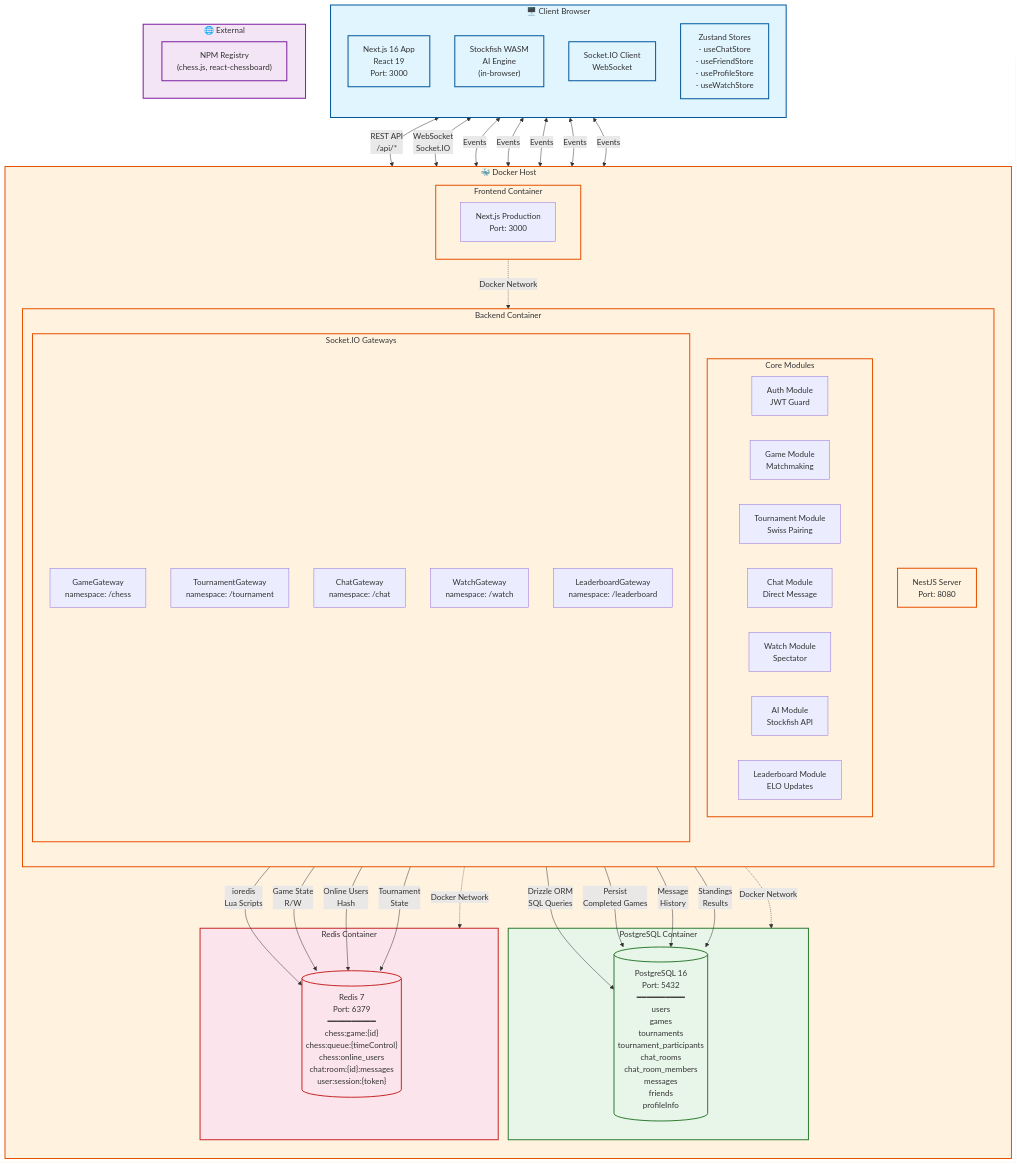
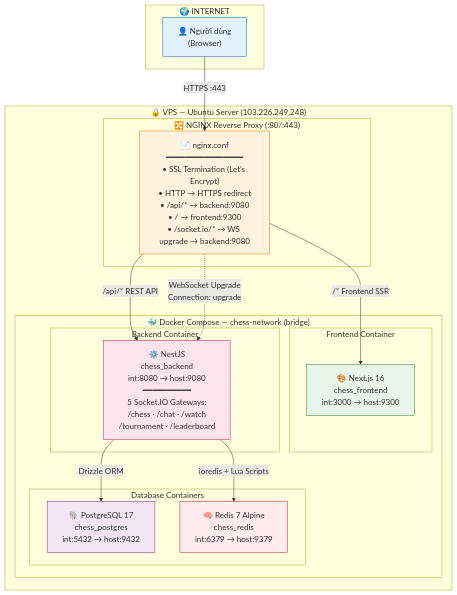
The first of 2 diagrams in docs/deployment-diagram.md (legiabao0907/web-chess-real-time), drawn with Mermaid before and after one commit. The commit also changed other lines of this file, not shown here.

Commit message:
sua deploy diagram lan 2

````diff
--- a/docs/deployment-diagram.md
+++ b/docs/deployment-diagram.md
@@ -9,89 +9,40 @@
 ```mermaid
 graph TB
-    subgraph Client["🖥️ Client Browser"]
-        direction TB
-        nextjs["Next.js 16 App<br/>React 19<br/>Port: 3000"]
-        stockfish["Stockfish WASM<br/>AI Engine<br/>(in-browser)"]
-        socket_client["Socket.IO Client<br/>WebSocket"]
-        zustand["Zustand Stores<br/>- useChatStore<br/>- useFriendStore<br/>- useProfileStore<br/>- useWatchStore"]
+    subgraph "🌍 INTERNET"
+        USER["👤 Người dùng<br/>(Browser)"]
     end
 
-    subgraph DockerHost["🐳 Docker Host"]
-        direction TB
-
-        subgraph frontend_ctr["Frontend Container"]
-            nextjs_prod["Next.js Production<br/>Port: 3000"]
+    subgraph "🔒 VPS — Ubuntu Server (103.226.249.248)"
+        
+        subgraph "🔀 NGINX Reverse Proxy (:80/:443)"
+            NGINX["📄 nginx.conf<br/>━━━━━━━━━━━━━━━━<br/>• SSL Termination (Let's Encrypt)<br/>• HTTP → HTTPS redirect<br/>• /api/* → backend:9080<br/>• / → frontend:9300<br/>• /socket.io/* → WS upgrade → backend:9080"]
         end
 
-        subgraph backend_ctr["Backend Container"]
-            direction TB
-            nestjs["NestJS Server<br/>Port: 8080"]
-            
-            subgraph modules["Core Modules"]
-                auth["Auth Module<br/>JWT Guard"]
-                game["Game Module<br/>Matchmaking"]
-                tournament["Tournament Module<br/>Swiss Pairing"]
-                chat["Chat Module<br/>Direct Message"]
-                watch["Watch Module<br/>Spectator"]
-                ai["AI Module<br/>Stockfish API"]
-                leaderboard["Leaderboard Module<br/>ELO Updates"]
+        subgraph "🐳 Docker Compose — chess-network (bridge)"
+            subgraph "Frontend Container"
+                FE["🎨 Next.js 16<br/>chess_frontend<br/>int:3000 → host:9300"]
             end
-            
-            subgraph gateways["Socket.IO Gateways"]
-                game_gw["GameGateway<br/>namespace: /chess"]
-                tournament_gw["TournamentGateway<br/>namespace: /tournament"]
-                chat_gw["ChatGateway<br/>namespace: /chat"]
-                watch_gw["WatchGateway<br/>namespace: /watch"]
-                leaderboard_gw["LeaderboardGateway<br/>namespace: /leaderboard"]
+            subgraph "Backend Container"
+                BE["⚙️ NestJS<br/>chess_backend<br/>int:8080 → host:9080<br/>━━━━━━━━━━<br/>5 Socket.IO Gateways:<br/>/chess · /chat · /watch<br/>/tournament · /leaderboard"]
             end
-        end
-
-        subgraph postgres_ctr["PostgreSQL Container"]
-            postgres[("PostgreSQL 16<br/>Port: 5432<br/>━━━━━━━━━━<br/>users<br/>games<br/>tournaments<br/>tournament_participants<br/>chat_rooms<br/>chat_room_members<br/>messages<br/>friends<br/>profileInfo")]
-        end
-
-        subgraph redis_ctr["Redis Container"]
-            redis[("Redis 7<br/>Port: 6379<br/>━━━━━━━━━━<br/>chess:game:{id}<br/>chess:queue:{timeControl}<br/>chess:online_users<br/>chat:room:{id}:messages<br/>user:session:{token}")]
+            subgraph "Database Containers"
+                PG["🐘 PostgreSQL 17<br/>chess_postgres<br/>int:5432 → host:9432"]
+                RD["🧠 Redis 7 Alpine<br/>chess_redis<br/>int:6379 → host:9379"]
+            end
         end
     end
 
-    subgraph external["🌐 External"]
-        npm_reg["NPM Registry<br/>(chess.js, react-chessboard)"]
-    end
+    USER -->|"HTTPS :443"| NGINX
+    NGINX -->|"/api/* REST API"| BE
+    NGINX -->|"/* Frontend SSR"| FE
+    NGINX -.->|"WebSocket Upgrade<br/>Connection: upgrade"| BE
+    BE -->|"Drizzle ORM"| PG
+    BE -->|"ioredis + Lua Scripts"| RD
 
-    %% Connections
-    nextjs <-->|"REST API<br/>/api/*"| nestjs
-    nextjs <-->|"WebSocket<br/>Socket.IO"| nestjs
-    socket_client <-->|"Events"| game_gw
-    socket_client <-->|"Events"| chat_gw
-    socket_client <-->|"Events"| tournament_gw
-    socket_client <-->|"Events"| watch_gw
-    socket_client <-->|"Events"| leaderboard_gw
-
-    nestjs -->|"Drizzle ORM<br/>SQL Queries"| postgres
-    nestjs -->|"ioredis<br/>Lua Scripts"| redis
-    
-    game_gw -->|"Game State<br/>R/W"| redis
-    game_gw -->|"Persist<br/>Completed Games"| postgres
-    chat_gw -->|"Online Users<br/>Hash"| redis
-    chat_gw -->|"Message<br/>History"| postgres
-    tournament_gw -->|"Tournament<br/>State"| redis
-    tournament_gw -->|"Standings<br/>Results"| postgres
-
-    frontend_ctr -.->|"Docker Network"| backend_ctr
-    backend_ctr -.->|"Docker Network"| postgres_ctr
-    backend_ctr -.->|"Docker Network"| redis_ctr
-
-    %% Styles
-    classDef client fill:#e1f5fe,stroke:#01579b,stroke-width:2px
-    classDef container fill:#fff3e0,stroke:#e65100,stroke-width:2px
-    classDef database fill:#e8f5e9,stroke:#2e7d32,stroke-width:2px
-    classDef cache fill:#fce4ec,stroke:#c62828,stroke-width:2px
-    classDef external fill:#f3e5f5,stroke:#7b1fa2,stroke-width:2px
-
-    class Client,nextjs,stockfish,socket_client,zustand client
-    class DockerHost,frontend_ctr,backend_ctr,nestjs,modules,gateways container
-    class postgres_ctr,postgres database
-    class redis_ctr,redis cache
-    class external,npm_reg external
+    style USER fill:#e3f2fd,stroke:#1565c0
+    style NGINX fill:#fff3e0,stroke:#ef6c00
+    style FE fill:#e8f5e9,stroke:#2e7d32
+    style BE fill:#fce4ec,stroke:#c2185b
+    style PG fill:#f3e5f5,stroke:#7b1fa2
+    style RD fill:#ffebee,stroke:#c62828
 ```
````
